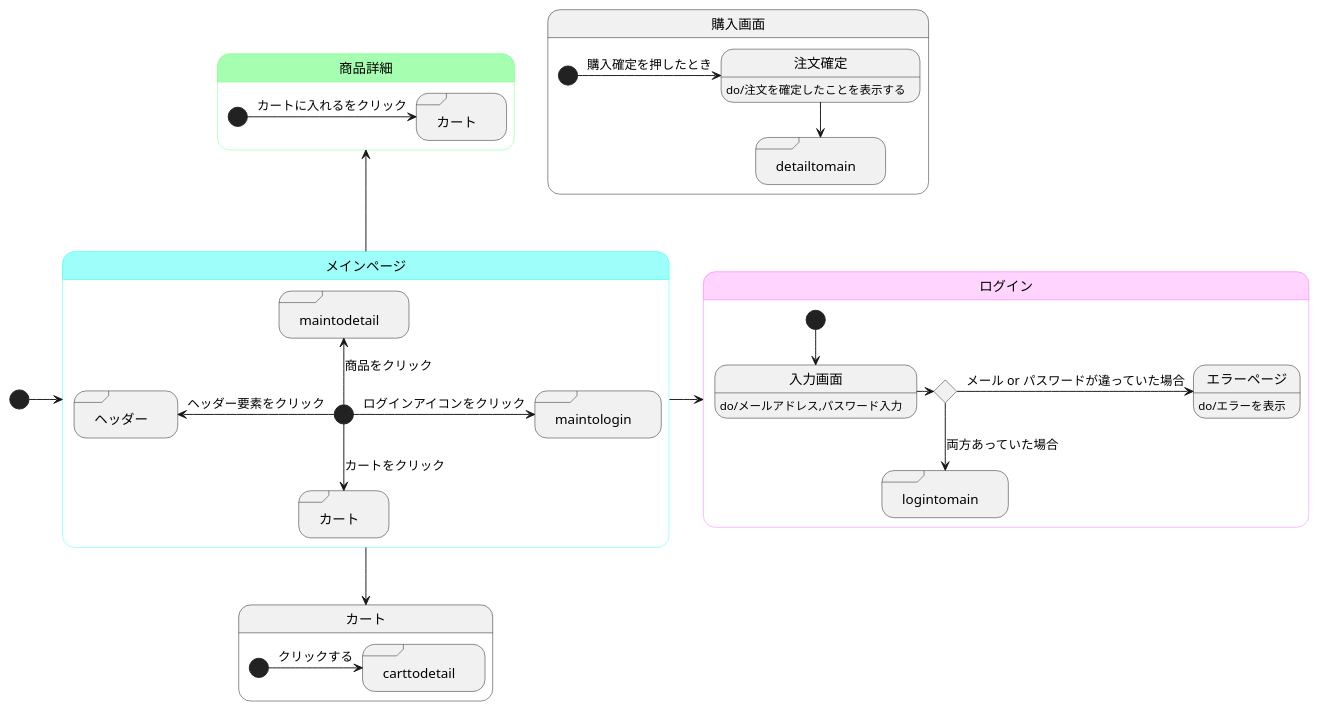
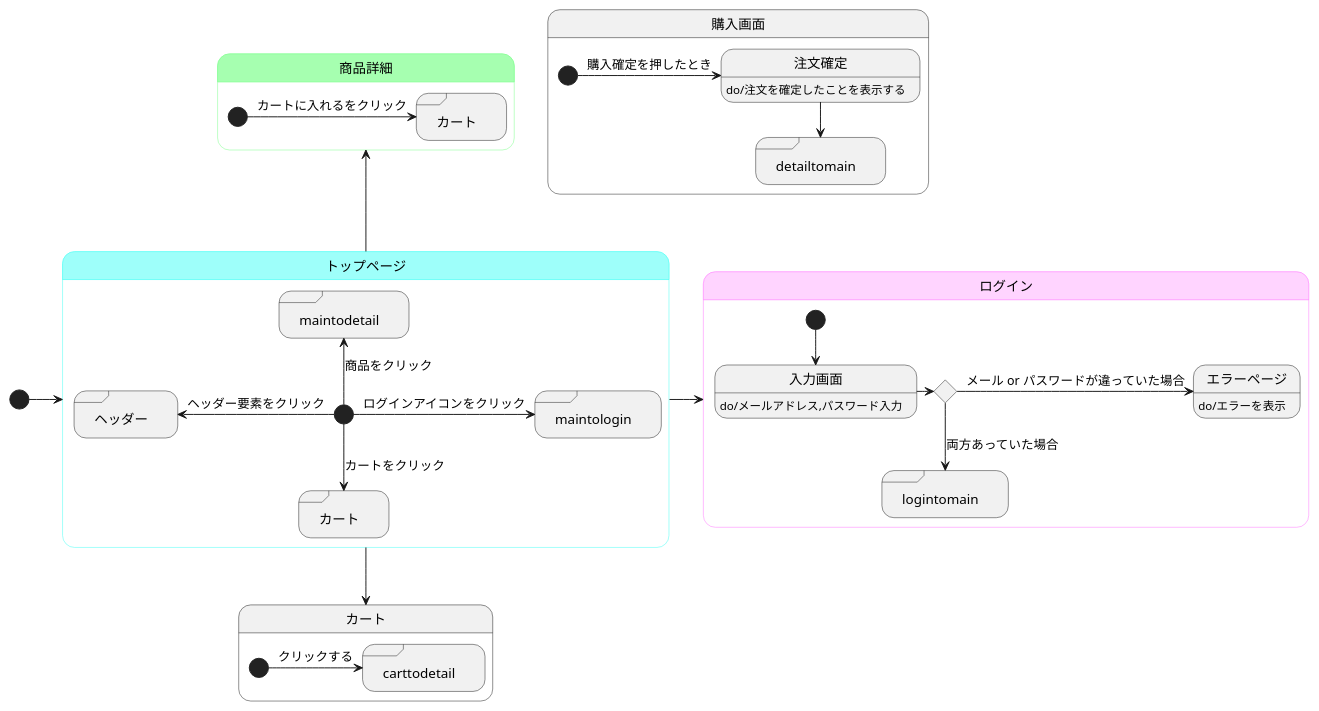
Before and after one commit to akutori/T-D-E: the diagram in UML.md, drawn with PlantUML. The commit also changed 4 other files, not shown here.

````diff
--- a/UML.md
+++ b/UML.md
@@ -1,73 +1,73 @@
 ```uml
 @startuml
 
-[*]->メインページ
-メインページ->ログイン
-メインページ-->カート
-メインページ-up->商品詳細
+[*]->トップページ
+トップページ->ログイン
+トップページ-->カート
+トップページ-up->商品詳細
 
-state メインページ<<mainpage>>{
+state トップページ<<mainpage>>{
 state "ログイン" as maintologin <<sdlreceive>>
 state "カート" as maintocart <<sdlreceive>>
 state "商品詳細" as maintodetail <<sdlreceive>>
 state "ヘッダー" as headder <<sdlreceive>>
     [*]-> maintologin :ログインアイコンをクリック
     [*]--> maintocart :カートをクリック
     [*]-up-> maintodetail :商品をクリック
     [*]-left-> headder :ヘッダー要素をクリック
 }
 
 state ログイン<<login>>{
 state input <<choice>>
-state "メインページ" as logintomain<<sdlreceive>>
+state "トップページ" as logintomain<<sdlreceive>>
 
 入力画面:do/メールアドレス,パスワード入力
 エラーページ:do/エラーを表示
     [*]--> 入力画面
     入力画面->input
     input->エラーページ:メール or パスワードが違っていた場合
     input-->logintomain : 両方あっていた場合
 
 }
 
 state 購入画面{
-state "メインページ" as detailtomain<<sdlreceive>>
+state "トップページ" as detailtomain<<sdlreceive>>
 注文確定:do/注文を確定したことを表示する
     [*]->注文確定 :購入確定を押したとき
     注文確定-->detailtomain
 }
 
 
 state カート{
 state "商品詳細" as carttodetail <<sdlreceive>>
 
     [*]->carttodetail :クリックする
 }
 
 state 商品詳細<<detail>>{
 state "カート" as detailtocart <<sdlreceive>>
 
     [*]->detailtocart :カートに入れるをクリック
 }
 
 
 
-' メインページカラー
+' トップページカラー
 skinparam stateBorderColor<<mainpage>> #40fff5
-state メインページ #9efffa
+state トップページ #9efffa
 state detailtomain #9efffa
 state logintomain #9efffa
 
 ' ログインカラー
 skinparam stateBorderColor<<login>> #ff73ff
 state ログイン #ffd4ff
 state maintologin #ffd4ff
 
 ' 商品詳細カラー
 skinparam stateBorderColor<<detail>> #78ff88
 state 商品詳細 #a6ffb0
 state carttodetail #a6ffb0
 state maintodetail #a6ffb0
 
 @enduml
 ```
````
